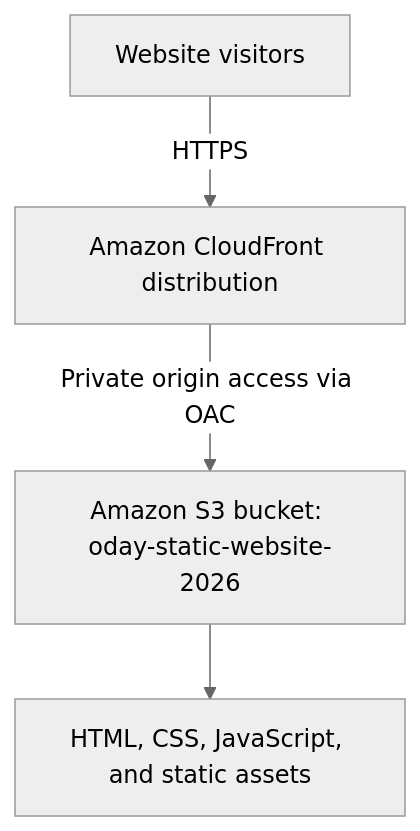
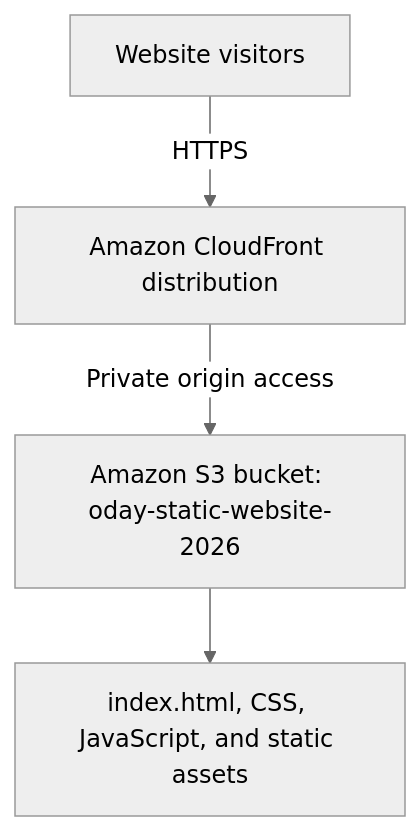
The diagram in docs/architecture.md (odayhaitham742-ops/aws-cloud-portfolio), drawn with Mermaid (neutral theme) before and after one commit. The commit also changed other lines of this file, not shown here.

Commit message:
docs: reflect deployed S3 and CloudFront architecture

````diff
--- a/docs/architecture.md
+++ b/docs/architecture.md
@@ -5,6 +5,6 @@
 ```mermaid
 flowchart TD
     U[Website visitors] -->|HTTPS| CF[Amazon CloudFront distribution]
-    CF -->|Private origin access via OAC| S3[Amazon S3 bucket: oday-static-website-2026]
-    S3 --> WEB[HTML, CSS, JavaScript, and static assets]
+    CF -->|Private origin access| S3[Amazon S3 bucket: oday-static-website-2026]
+    S3 --> WEB[index.html, CSS, JavaScript, and static assets]
 ```
````
